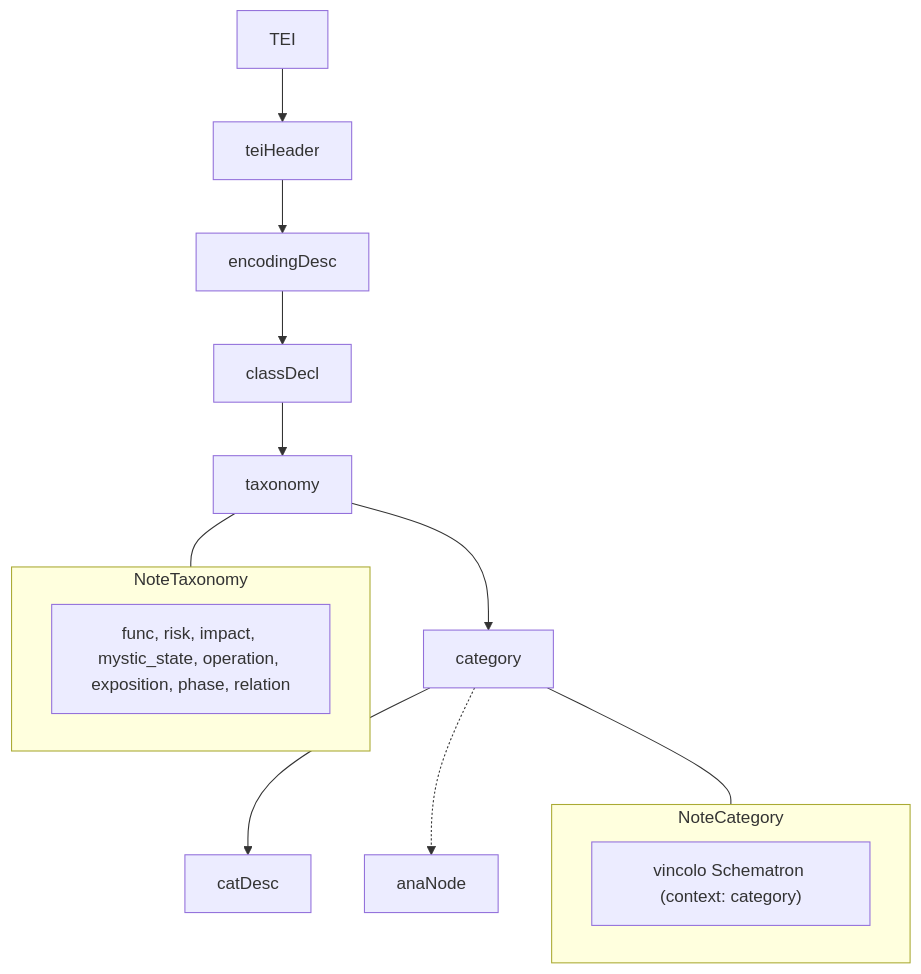
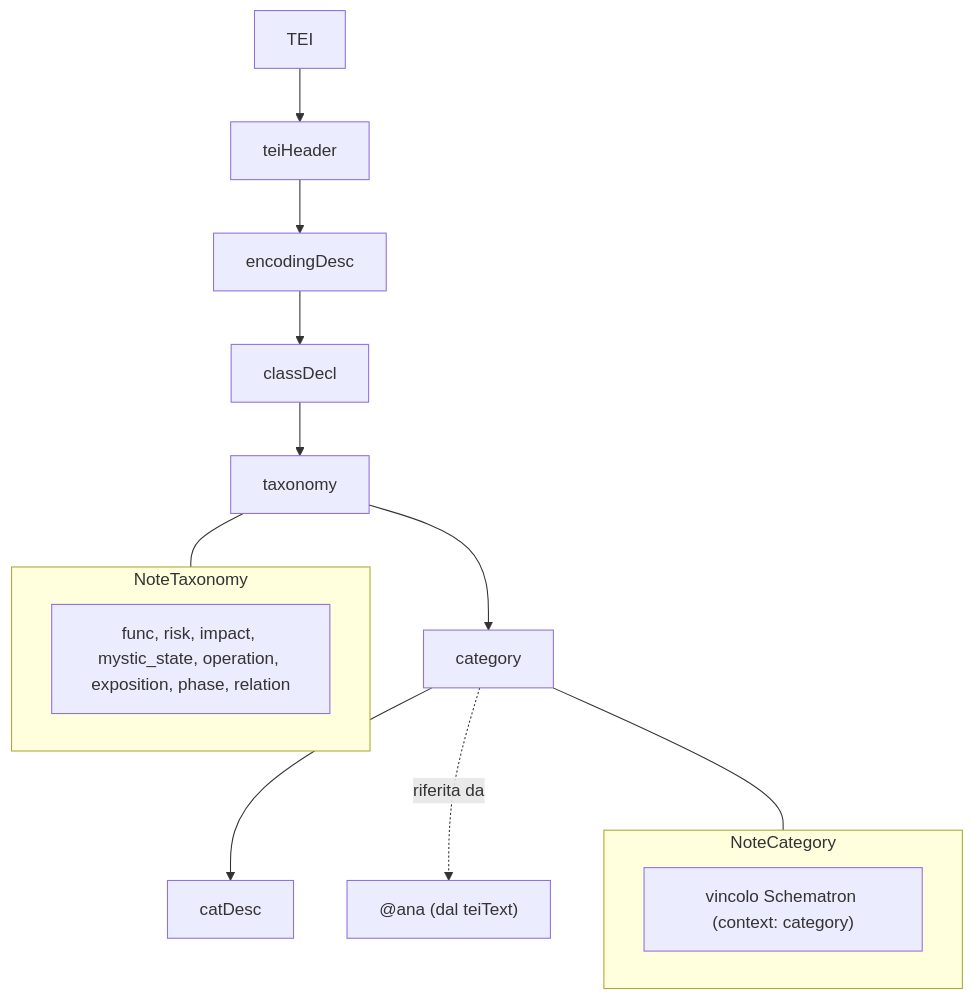
Before and after one commit to luciano-longo77/castello-anima-TEI-IA: the diagram in tei/taxonomy/docs/rng-taxonomy-diagram.md, drawn with Mermaid.

Commit message:
Update taxonomy diagram documentation

````diff
--- a/tei/taxonomy/docs/rng-taxonomy-diagram.md
+++ b/tei/taxonomy/docs/rng-taxonomy-diagram.md
@@ -8,22 +8,22 @@
 ```mermaid
 graph TD
     TEI --> teiHeader
     teiHeader --> encodingDesc
     encodingDesc --> classDecl
     classDecl --> taxonomy
 
     taxonomy --> category
     category --> descNode["catDesc"]
 
-    category -.-> anaNode
+    category -.->|"riferita da"| anaNode["@ana (dal teiText)"]
 
     subgraph NoteTaxonomy
         taxList["func, risk, impact, mystic_state, operation, exposition, phase, relation"]
     end
     taxonomy --- NoteTaxonomy
 
     subgraph NoteCategory
         catConstraint["vincolo Schematron (context: category)"]
     end
     category --- NoteCategory
 ```
````
